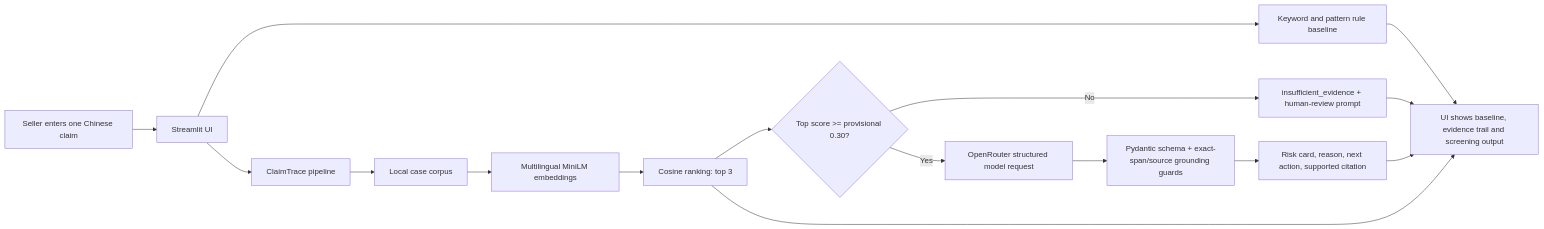
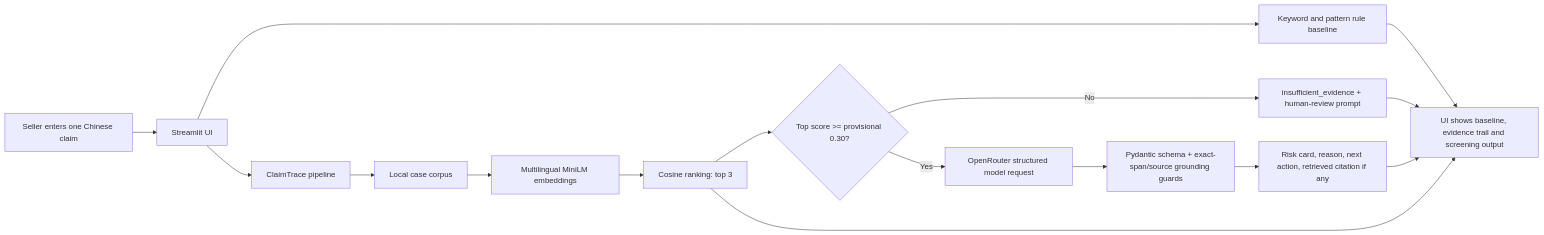
One commit to MiaoJiaxuan/claimtrace-ecommerce-risk-screener changed the diagram in docs/PRODUCT_DOCUMENTATION_EN.md. Above: the diagram before and after it, drawn with Mermaid. The commit also changed other lines of this file and 48 other files, not shown here.

````diff
--- a/docs/PRODUCT_DOCUMENTATION_EN.md
+++ b/docs/PRODUCT_DOCUMENTATION_EN.md
@@ -26,18 +26,18 @@
 ```mermaid
 flowchart LR
     U[Seller enters one Chinese claim] --> UI[Streamlit UI]
     UI --> R[Keyword and pattern rule baseline]
     UI --> P[ClaimTrace pipeline]
     P --> C[Local case corpus]
     C --> E[Multilingual MiniLM embeddings]
     E --> S[Cosine ranking: top 3]
     S --> T{Top score >= provisional 0.30?}
     T -- No --> A[insufficient_evidence + human-review prompt]
     T -- Yes --> O[OpenRouter structured model request]
     O --> V[Pydantic schema + exact-span/source grounding guards]
-    V --> K[Risk card, reason, next action, supported citation]
+    V --> K[Risk card, reason, next action, retrieved citation if any]
     R --> OUT[UI shows baseline, evidence trail and screening output]
     A --> OUT
     K --> OUT
     S --> OUT
 ```
````
